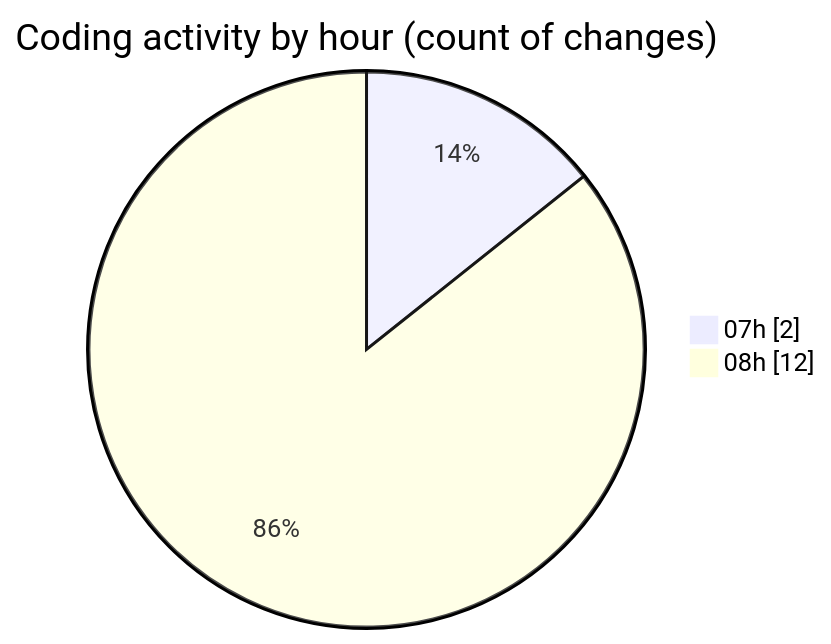
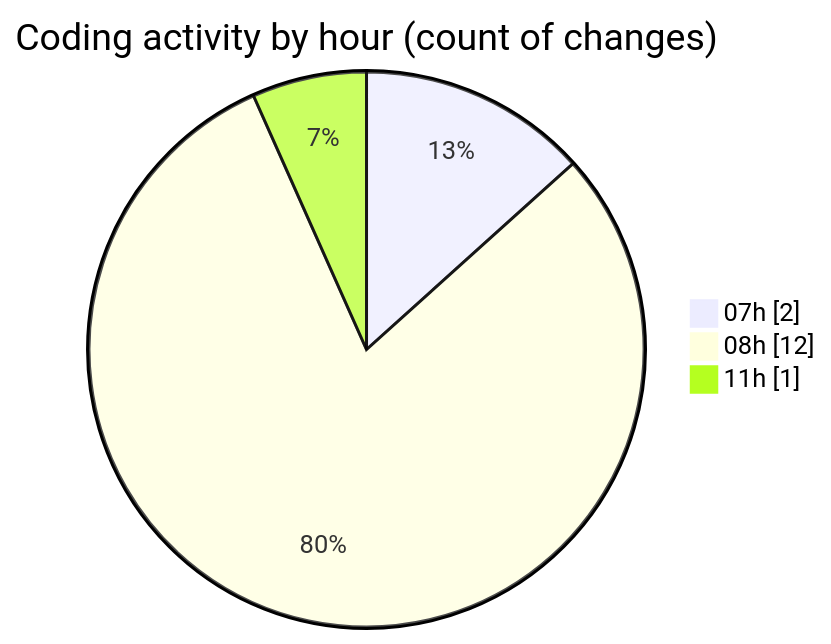
One commit to LanceThiago/code-tracking changed the second of 2 diagrams in 2026-08-28/oficina/README.md. Above: the diagram before and after it, drawn with Mermaid. The commit also changed other lines of this file and 1 other file, not shown here.

````diff
--- a/2026-08-28/oficina/README.md
+++ b/2026-08-28/oficina/README.md
@@ -28,6 +28,7 @@
 ```mermaid
 pie showData
 title Coding activity by hour (count of changes)
 "07h" : 2
 "08h" : 12
+"11h" : 1
 ```
````
